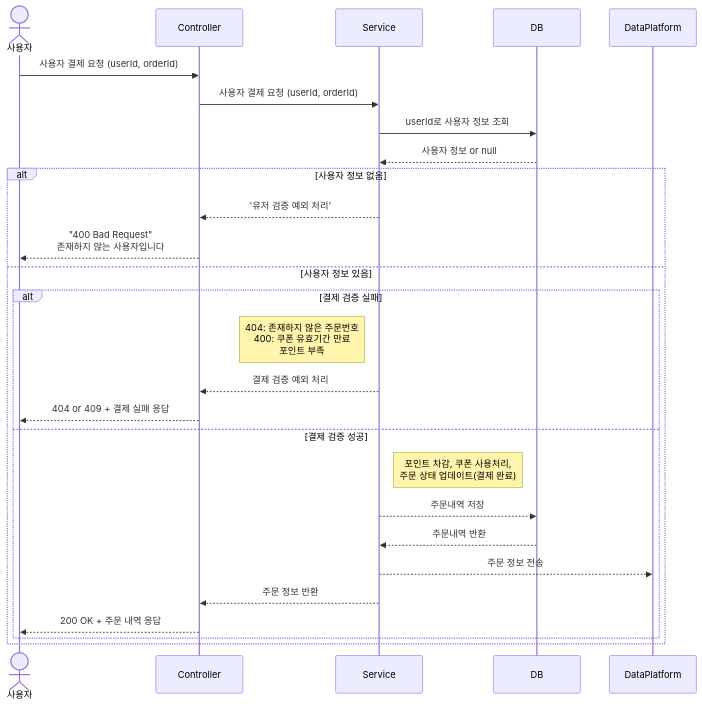
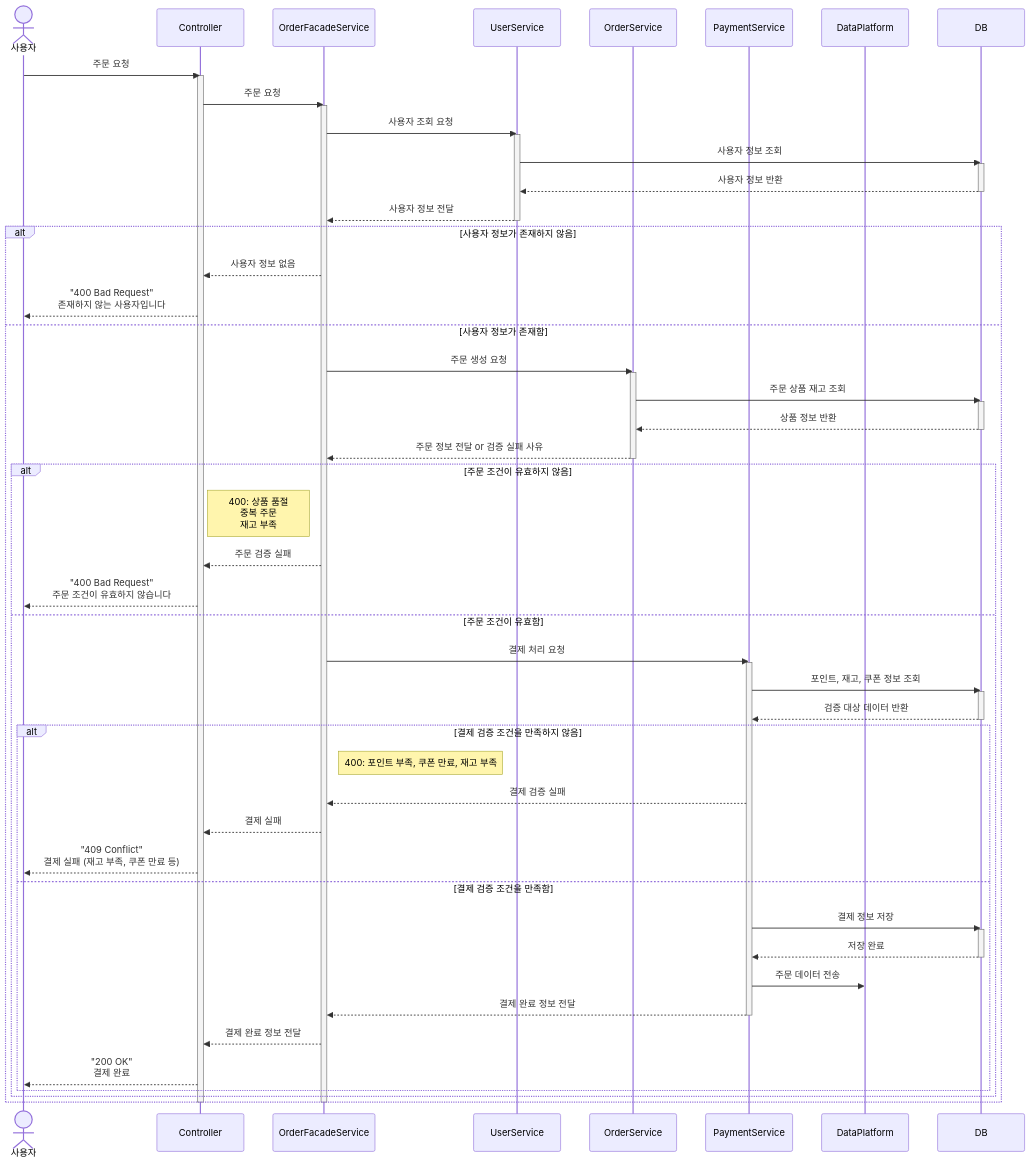
One commit to maengjjin/hhplus-service changed the sixth of 8 diagrams in docs/SequenceDiagram.md. Above: the diagram before and after it, drawn with Mermaid. The commit also changed other lines of this file, not shown here.

Commit message:
- 시퀀스 다이어그램 수정 (Actor 추가 및 파사드 패턴 반영) close #4

````diff
--- a/docs/SequenceDiagram.md
+++ b/docs/SequenceDiagram.md
@@ -178,31 +263,81 @@
 ```mermaid
 sequenceDiagram
     actor User as 사용자
     participant Controller
-    participant Service
+    participant OrderFacadeService
+    participant UserService
+    participant OrderService
+    participant PaymentService
+    participant DataPlatform
     participant DB
-    participant DataPlatform
 
-    User ->> Controller: 사용자 결제 요청 (userId, orderId)
-    Controller ->> Service: 사용자 결제 요청 (userId, orderId)
-    Service ->> DB: userId로 사용자 정보 조회
-    DB -->> Service: 사용자 정보 or null
+    User ->> Controller: 주문 요청
+    activate Controller
 
-    alt 사용자 정보 없음
-        Service -->> Controller: '유저 검증 예외 처리'
-        Controller -->> User: "400 Bad Request" <br>존재하지 않는 사용자입니다
-    else 사용자 정보 있음 
-        alt 결제 검증 실패
-            Note left of Service: 404: 존재하지 않은 주문번호 <br>400: 쿠폰 유효기간 만료 <br>포인트 부족
-            Service -->> Controller: 결제 검증 예외 처리
-            Controller -->> User: 404 or 409 + 결제 실패 응답
-        else 결제 검증 성공
-            Note right of Service: 포인트 차감, 쿠폰 사용처리, <br>주문 상태 업데이트(결제 완료)
-            Service -->> DB: 주문내역 저장
-            DB -->> Service: 주문내역 반환
-            Service -->> DataPlatform: 주문 정보 전송
-            Service -->> Controller: 주문 정보 반환
-            Controller -->> User: 200 OK + 주문 내역 응답
+    Controller ->> OrderFacadeService: 주문 요청
+    activate OrderFacadeService
+
+    OrderFacadeService ->> UserService: 사용자 조회 요청
+    activate UserService
+
+    UserService ->> DB: 사용자 정보 조회
+    activate DB
+    DB -->> UserService: 사용자 정보 반환
+    deactivate DB
+
+    UserService -->> OrderFacadeService: 사용자 정보 전달
+    deactivate UserService
+
+    alt 사용자 정보가 존재하지 않음
+        OrderFacadeService -->> Controller: 사용자 정보 없음
+        Controller -->> User: "400 Bad Request"<br>존재하지 않는 사용자입니다
+    else 사용자 정보가 존재함
+        OrderFacadeService ->> OrderService: 주문 생성 요청
+        activate OrderService
+
+        OrderService ->> DB: 주문 상품 재고 조회
+        activate DB
+        DB -->> OrderService: 상품 정보 반환
+        deactivate DB
+
+        OrderService -->> OrderFacadeService: 주문 정보 전달 or 검증 실패 사유
+        deactivate OrderService
+
+        alt 주문 조건이 유효하지 않음
+            Note left of OrderFacadeService: 400: 상품 품절<br>중복 주문<br>재고 부족
+            OrderFacadeService -->> Controller: 주문 검증 실패
+            Controller -->> User: "400 Bad Request"<br>주문 조건이 유효하지 않습니다
+        else 주문 조건이 유효함
+            OrderFacadeService ->> PaymentService: 결제 처리 요청
+            activate PaymentService
+
+            PaymentService ->> DB: 포인트, 재고, 쿠폰 정보 조회
+            activate DB
+            DB -->> PaymentService: 검증 대상 데이터 반환
+            deactivate DB
+
+            alt 결제 검증 조건을 만족하지 않음
+                Note right of OrderFacadeService: 400: 포인트 부족, 쿠폰 만료, 재고 부족
+                PaymentService -->> OrderFacadeService: 결제 검증 실패
+                OrderFacadeService -->> Controller: 결제 실패
+                Controller -->> User: "409 Conflict"<br>결제 실패 (재고 부족, 쿠폰 만료 등)
+            else 결제 검증 조건을 만족함
+                PaymentService ->> DB: 결제 정보 저장
+                activate DB
+                DB -->> PaymentService: 저장 완료
+                deactivate DB
+
+                PaymentService ->> DataPlatform: 주문 데이터 전송
+                PaymentService -->> OrderFacadeService: 결제 완료 정보 전달
+                deactivate PaymentService
+
+                OrderFacadeService -->> Controller: 결제 완료 정보 전달
+                Controller -->> User: "200 OK"<br>결제 완료
+            end
         end
     end
+
+    deactivate OrderFacadeService
+    deactivate Controller
+
 ```
````
